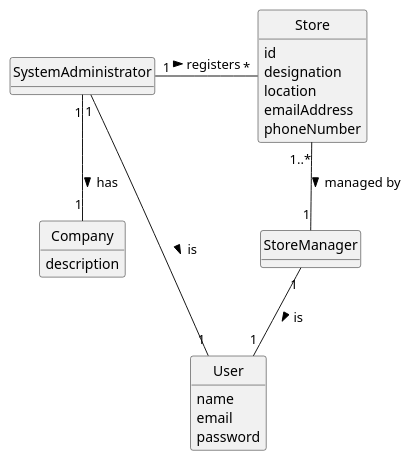
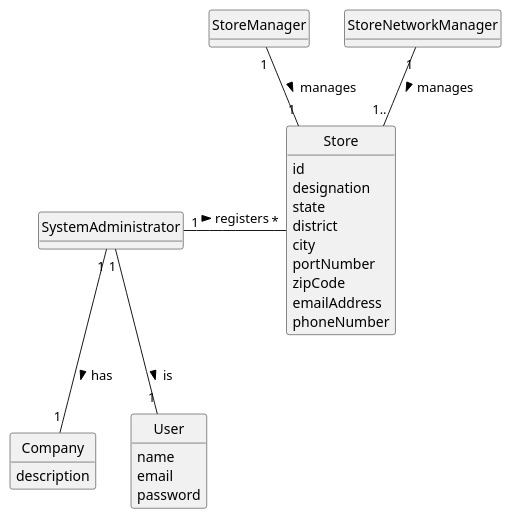
The diagram in docs/Sprint-B/US005/02.analysis/puml/us005-domain-model.puml (Rodrick0209/ISEP-LAPR2-22-23), drawn with PlantUML before and after one commit. The commit also changed 15 other files, not shown here.

Commit message:
US006 Design (SD & Class Diagram)

```diff
--- a/docs/Sprint-B/US005/02.analysis/puml/us005-domain-model.puml
+++ b/docs/Sprint-B/US005/02.analysis/puml/us005-domain-model.puml
@@ -1,36 +1,40 @@
 @startuml
 skinparam monochrome true
 skinparam packageStyle rectangle
 skinparam shadowing false
 
 skinparam classAttributeIconSize 0
 
 hide circle
 hide methods
 
 
 class Store {
     id
     designation
-    location
+    state
+    district
+    city
+    portNumber
+    zipCode
     emailAddress
     phoneNumber
 }
 
 class Company {
     description
 }
 
 class User {
     name
     email
     password
 }
 
 SystemAdministrator "1" -- "1" Company : has >
 SystemAdministrator "1" - "*" Store : registers >
-Store "1..*" -- "1" StoreManager : managed by >
+StoreManager "1" -- "1" Store : manages >
+StoreNetworkManager "1" -- "1.." Store : manages >
 SystemAdministrator "1" -- "1" User : is >
-StoreManager "1" -- "1" User : is >
 
 @enduml
```
